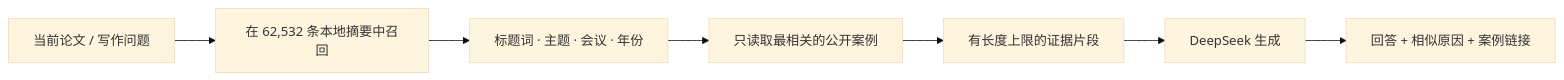
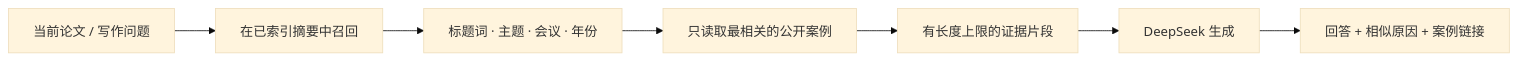
One commit to Functionhx/rebuttal-reader changed the second of 3 diagrams in README.zh-CN.md. Above: the diagram before and after it, drawn with Mermaid (base theme). The commit also changed other lines of this file and 27 other files, not shown here.

````diff
--- a/README.zh-CN.md
+++ b/README.zh-CN.md
@@ -146,9 +152,9 @@
 ```mermaid
 flowchart LR
-    A["当前论文 / 写作问题"] --> B["在 62,532 条本地摘要中召回"]
+    A["当前论文 / 写作问题"] --> B["在已索引摘要中召回"]
     B --> C["标题词 · 主题 · 会议 · 年份"]
     C --> D["只读取最相关的公开案例"]
     D --> E["有长度上限的证据片段"]
     E --> F["DeepSeek 生成"]
     F --> G["回答 + 相似原因 + 案例链接"]
 ```
````
